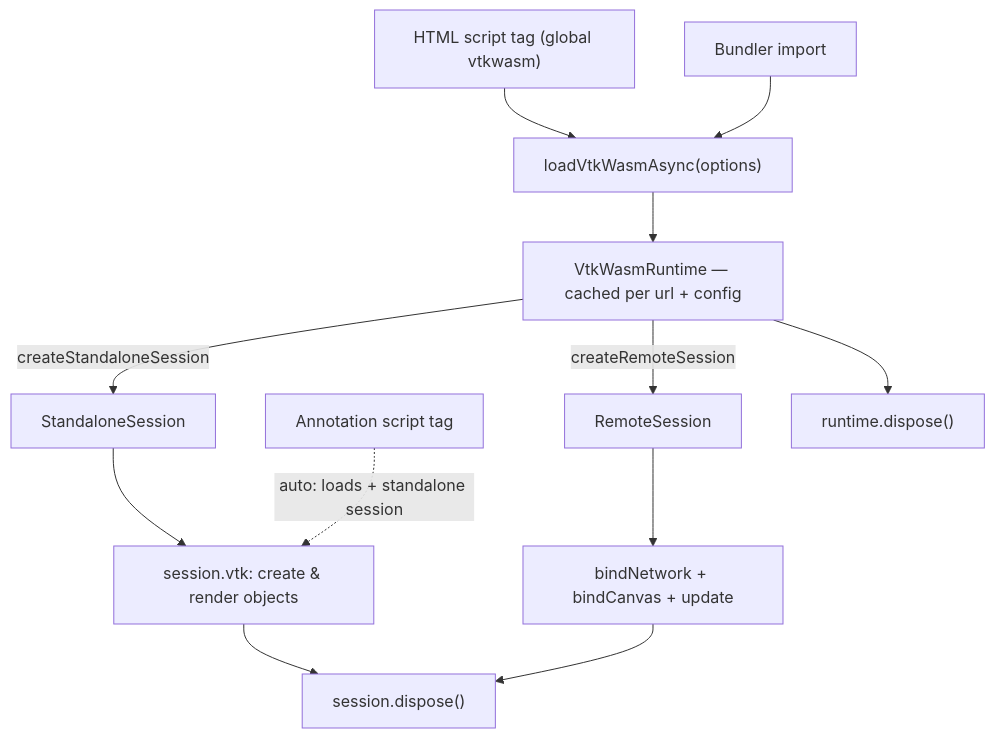
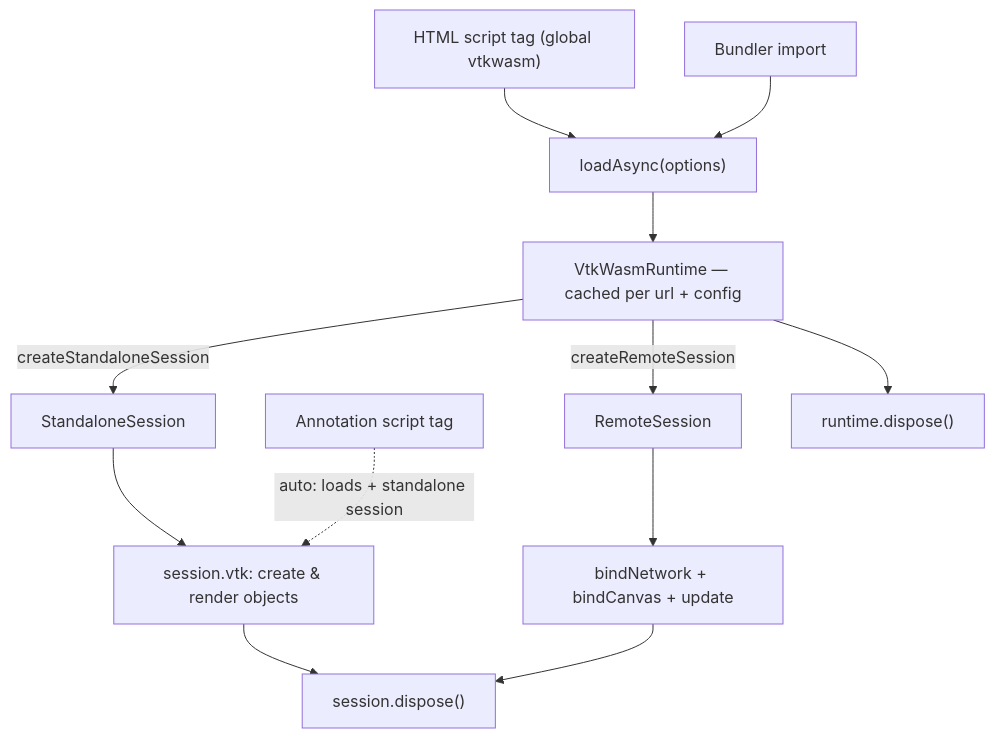
One commit to Kitware/vtk-wasm changed the diagram in docs/guide/js/loading.md. Above: the diagram before and after it, drawn with Mermaid. The commit also changed other lines of this file and 10 other files, not shown here.

First line of the commit message:
refactor(js)!: rename loadVtkWasmAsync to loadAsync

````diff
--- a/docs/guide/js/loading.md
+++ b/docs/guide/js/loading.md
@@ -5,22 +5,22 @@
 ```mermaid
 flowchart TD
     ST["HTML script tag (global vtkwasm)"]
     BD["Bundler import"]
     AN["Annotation script tag"]
 
-    ST --> LF["loadVtkWasmAsync(options)"]
+    ST --> LF["loadAsync(options)"]
     BD --> LF
     LF --> RT["VtkWasmRuntime — cached per url + config"]
 
     RT -->|createStandaloneSession| SS["StandaloneSession"]
     RT -->|createRemoteSession| RS["RemoteSession"]
 
     SS --> NS["session.vtk: create & render objects"]
     RS --> RW["bindNetwork + bindCanvas + update"]
 
     AN -.->|auto: loads + standalone session| NS
 
     NS --> DS["session.dispose()"]
     RW --> DS
     RT --> DR["runtime.dispose()"]
 ```
````
